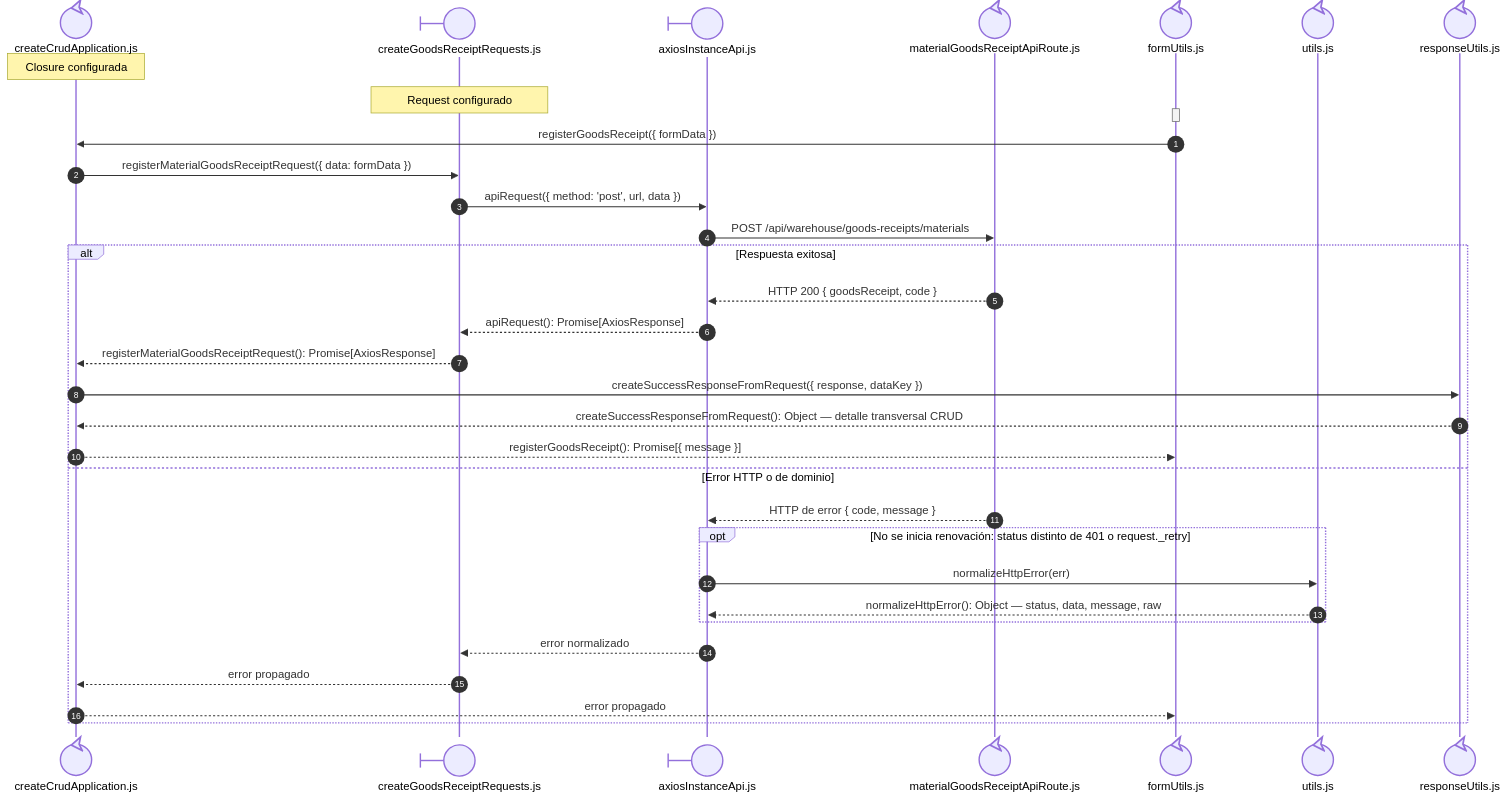
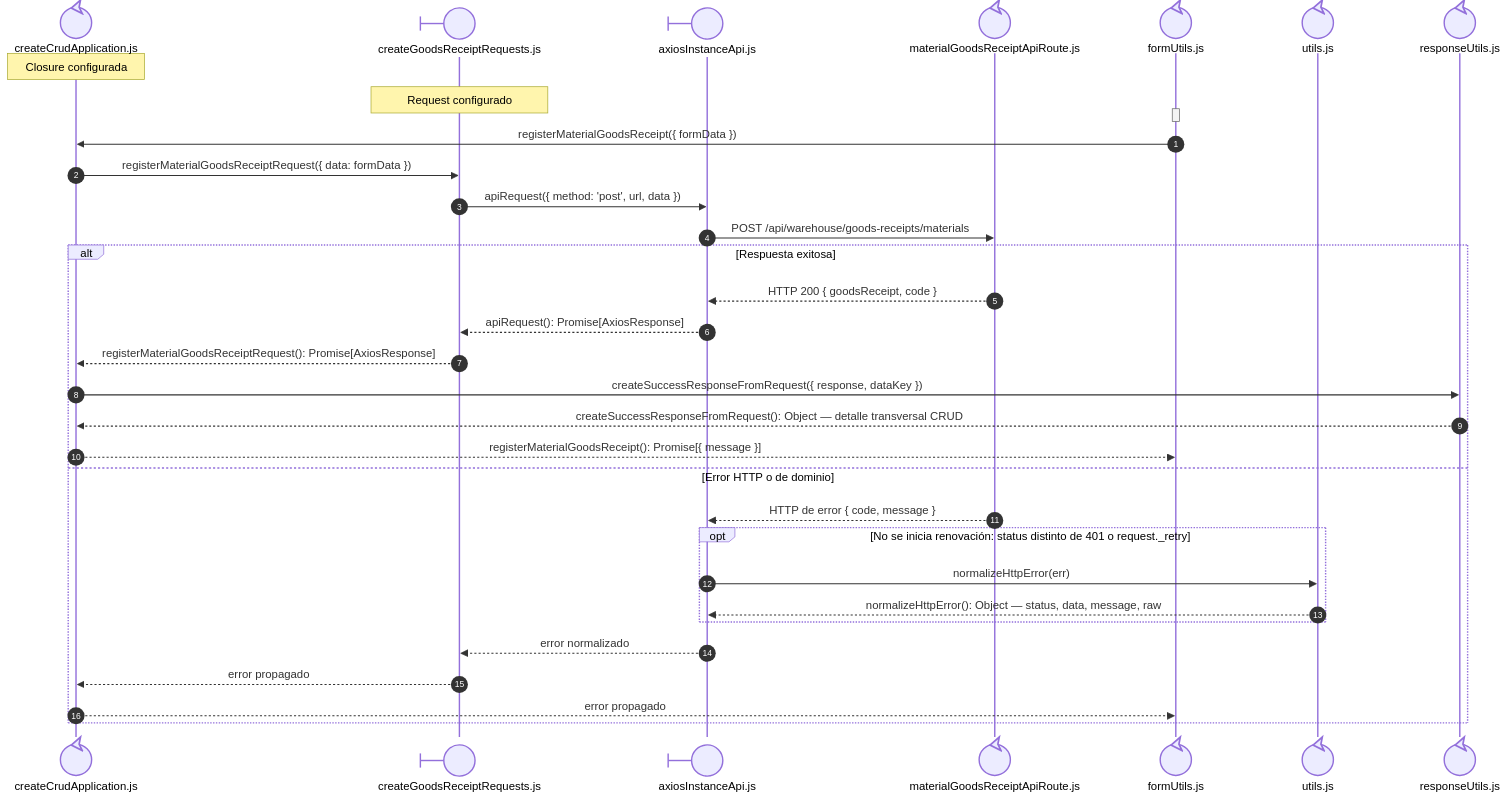
Before and after one commit to gpgsistemas01/nexus: the third of 3 diagrams in docs/architecture/views/processes/frontend-code-sequences/purchases/cu-ent-02.md, drawn with Mermaid. The commit also changed other lines of this file and 142 other files, not shown here.

````diff
--- a/docs/architecture/views/processes/frontend-code-sequences/purchases/cu-ent-02.md
+++ b/docs/architecture/views/processes/frontend-code-sequences/purchases/cu-ent-02.md
@@ -183,39 +184,39 @@
 ```mermaid
 sequenceDiagram
     autonumber
     participant Application@{ "type": "control" } as createCrudApplication.js
     participant Request@{ "type": "boundary" } as createGoodsReceiptRequests.js
     participant HTTP@{ "type": "boundary" } as axiosInstanceApi.js
     participant Transport@{ "type": "control" } as materialGoodsReceiptApiRoute.js
     participant FormUtils@{ "type": "control" } as formUtils.js
 
     participant FileUtils@{ "type": "control" } as utils.js
 
     participant FileResponseUtils@{ "type": "control" } as responseUtils.js
 
     Note over Application: Closure configurada
     Note over Request: Request configurado
     activate FormUtils
     deactivate FormUtils
-        FormUtils->>Application: registerGoodsReceipt({ formData })
+        FormUtils->>Application: registerMaterialGoodsReceipt({ formData })
         Application->>Request: registerMaterialGoodsReceiptRequest({ data: formData })
         Request->>HTTP: apiRequest({ method: 'post', url, data })
         HTTP->>Transport: POST /api/warehouse/goods-receipts/materials
         alt Respuesta exitosa
             Transport-->>HTTP: HTTP 200 { goodsReceipt, code }
             HTTP-->>Request: apiRequest(): Promise[AxiosResponse]
             Request-->>Application: registerMaterialGoodsReceiptRequest(): Promise[AxiosResponse]
             Application->>FileResponseUtils: createSuccessResponseFromRequest({ response, dataKey })
             FileResponseUtils-->>Application: createSuccessResponseFromRequest(): Object — detalle transversal CRUD
-            Application-->>FormUtils: registerGoodsReceipt(): Promise[{ message }]
+            Application-->>FormUtils: registerMaterialGoodsReceipt(): Promise[{ message }]
         else Error HTTP o de dominio
             Transport-->>HTTP: HTTP de error { code, message }
             opt No se inicia renovación: status distinto de 401 o request._retry
                 HTTP->>FileUtils: normalizeHttpError(err)
                 FileUtils-->>HTTP: normalizeHttpError(): Object — status, data, message, raw
             end
             HTTP-->>Request: error normalizado
             Request-->>Application: error propagado
             Application-->>FormUtils: error propagado
     end
 ```
````
